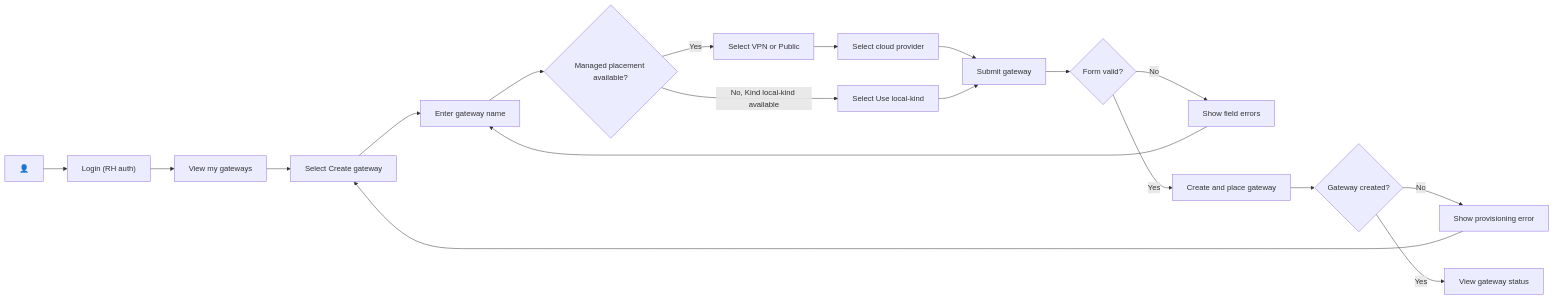
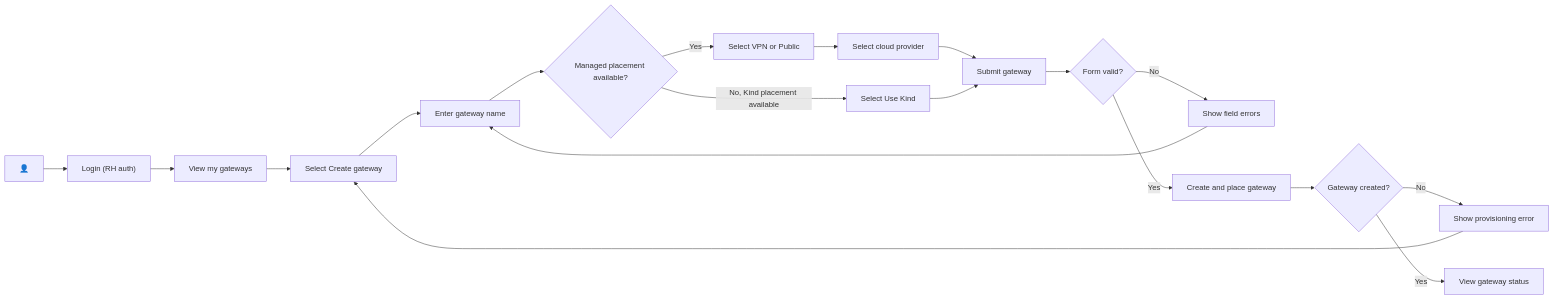
One commit to openshift-online/hypershell changed the third of 15 diagrams in specs/web-console/user_flows.md. Above: the diagram before and after it, drawn with Mermaid. The commit also changed other lines of this file and 14 other files, not shown here.

````diff
--- a/specs/web-console/user_flows.md
+++ b/specs/web-console/user_flows.md
@@ -165,25 +165,25 @@
 ```mermaid
 ---
 config:
   layout: dagre
 ---
 flowchart LR
     user["👤"] --> login["Login (RH auth)"]
     login --> list["View my gateways"]
     list --> start["Select Create gateway"]
     start --> name["Enter gateway name"]
     name --> placement{"Managed placement available?"}
     placement -- Yes --> network["Select VPN or Public"]
     network --> provider["Select cloud provider"]
     provider --> submit["Submit gateway"]
-    placement -- No, Kind local-kind available --> local["Select Use local-kind"]
+    placement -- No, Kind placement available --> local["Select Use Kind"]
     local --> submit
     submit --> valid{"Form valid?"}
     valid -- No --> errors["Show field errors"]
     errors --> name
     valid -- Yes --> create["Create and place gateway"]
     create --> created{"Gateway created?"}
     created -- No --> createError["Show provisioning error"]
     createError --> start
     created -- Yes --> details["View gateway status"]
 ```
````
